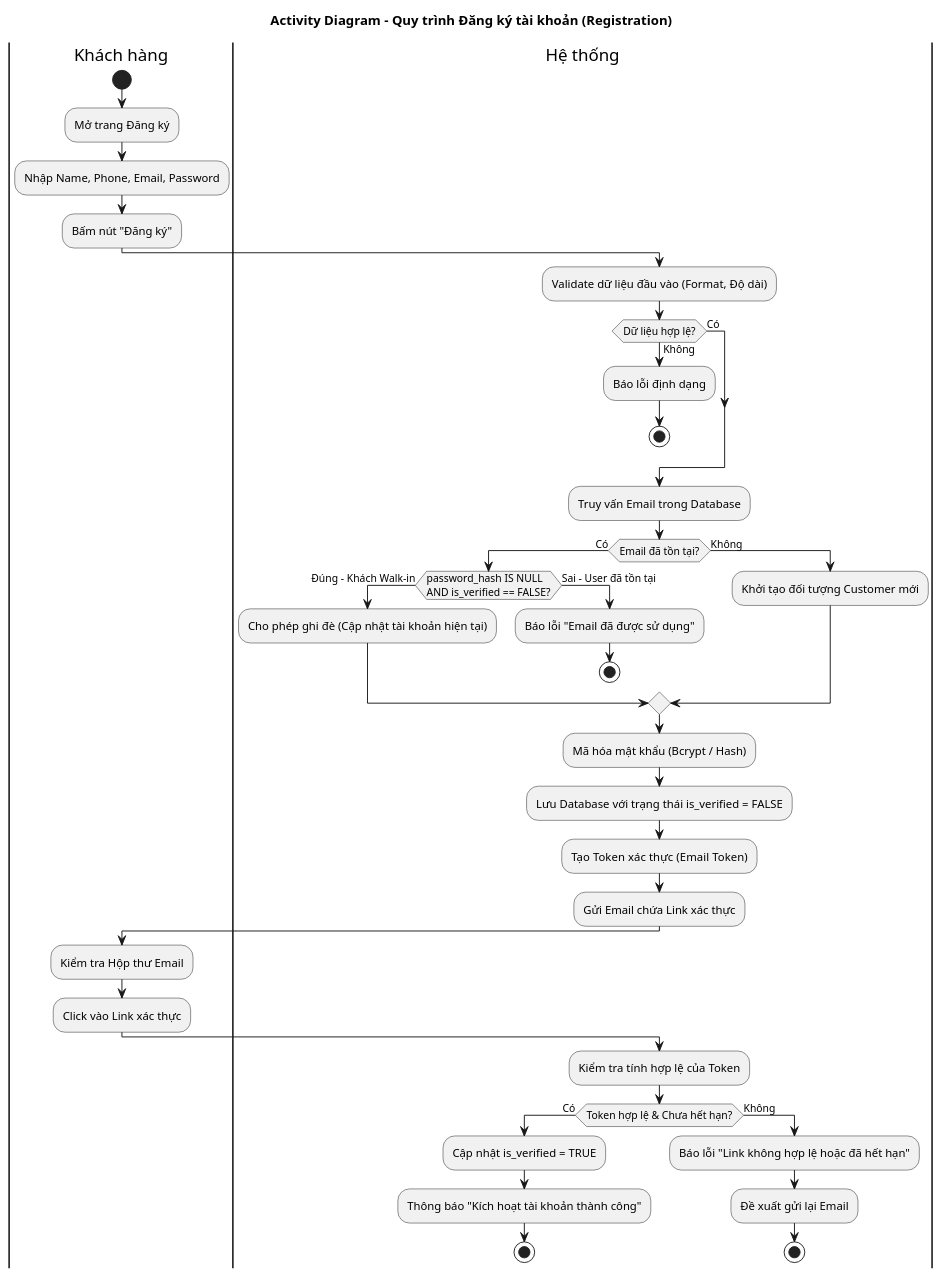
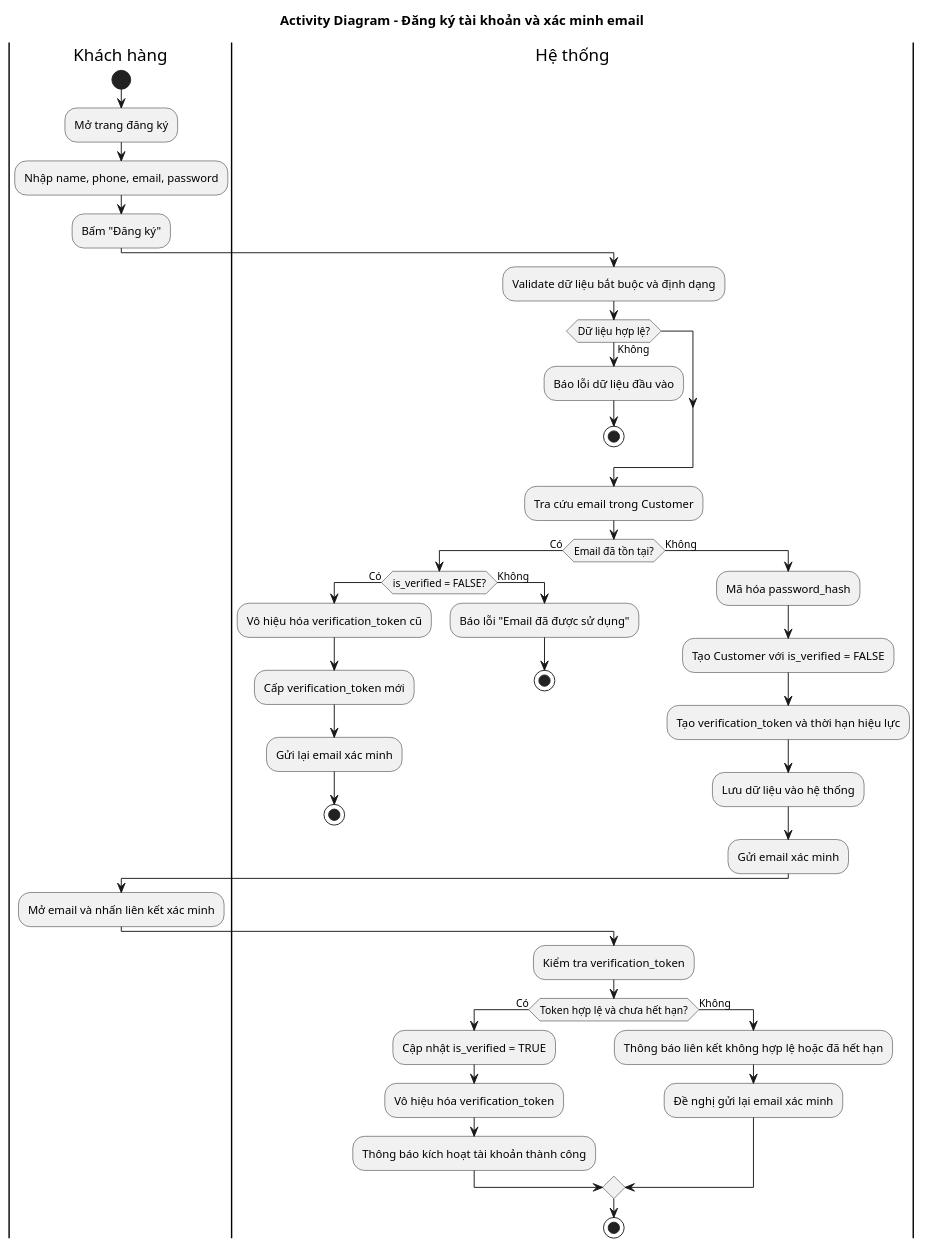
Before and after one commit to QuangLam0208/restaurant-reservation-system: the diagram in docs/uml/activity-register.puml, drawn with PlantUML. The commit also changed 13 other files, not shown here.

```diff
--- a/docs/uml/activity-register.puml
+++ b/docs/uml/activity-register.puml
@@ -1,52 +1,52 @@
 @startuml
-title Activity Diagram - Quy trình Đăng ký tài khoản (Registration)
+title Activity Diagram - Đăng ký tài khoản và xác minh email
 skinparam conditionStyle inside
 
 |Khách hàng|
 start
-:Mở trang Đăng ký;
-:Nhập Name, Phone, Email, Password;
-:Bấm nút "Đăng ký";
+:Mở trang đăng ký;
+:Nhập name, phone, email, password;
+:Bấm "Đăng ký";
 
 |Hệ thống|
-:Validate dữ liệu đầu vào (Format, Độ dài);
+:Validate dữ liệu bắt buộc và định dạng;
 if (Dữ liệu hợp lệ?) then (Không)
-  :Báo lỗi định dạng;
+  :Báo lỗi dữ liệu đầu vào;
   stop
-else (Có)
 endif
 
-:Truy vấn Email trong Database;
+:Tra cứu email trong Customer;
 if (Email đã tồn tại?) then (Có)
-  if (password_hash IS NULL \nAND is_verified == FALSE?) then (Đúng - Khách Walk-in)
-    :Cho phép ghi đè (Cập nhật tài khoản hiện tại);
-  else (Sai - User đã tồn tại)
+  if (is_verified = FALSE?) then (Có)
+    :Vô hiệu hóa verification_token cũ;
+    :Cấp verification_token mới;
+    :Gửi lại email xác minh;
+    stop
+  else (Không)
     :Báo lỗi "Email đã được sử dụng";
     stop
   endif
 else (Không)
-  :Khởi tạo đối tượng Customer mới;
+  :Mã hóa password_hash;
+  :Tạo Customer với is_verified = FALSE;
+  :Tạo verification_token và thời hạn hiệu lực;
+  :Lưu dữ liệu vào hệ thống;
+  :Gửi email xác minh;
 endif
 
-:Mã hóa mật khẩu (Bcrypt / Hash);
-:Lưu Database với trạng thái is_verified = FALSE;
-:Tạo Token xác thực (Email Token);
-:Gửi Email chứa Link xác thực;
-
 |Khách hàng|
-:Kiểm tra Hộp thư Email;
-:Click vào Link xác thực;
+:Mở email và nhấn liên kết xác minh;
 
 |Hệ thống|
-:Kiểm tra tính hợp lệ của Token;
-if (Token hợp lệ & Chưa hết hạn?) then (Có)
+:Kiểm tra verification_token;
+if (Token hợp lệ và chưa hết hạn?) then (Có)
   :Cập nhật is_verified = TRUE;
-  :Thông báo "Kích hoạt tài khoản thành công";
-  stop
+  :Vô hiệu hóa verification_token;
+  :Thông báo kích hoạt tài khoản thành công;
 else (Không)
-  :Báo lỗi "Link không hợp lệ hoặc đã hết hạn";
-  :Đề xuất gửi lại Email;
-  stop
+  :Thông báo liên kết không hợp lệ hoặc đã hết hạn;
+  :Đề nghị gửi lại email xác minh;
 endif
 
+stop
 @enduml
```
